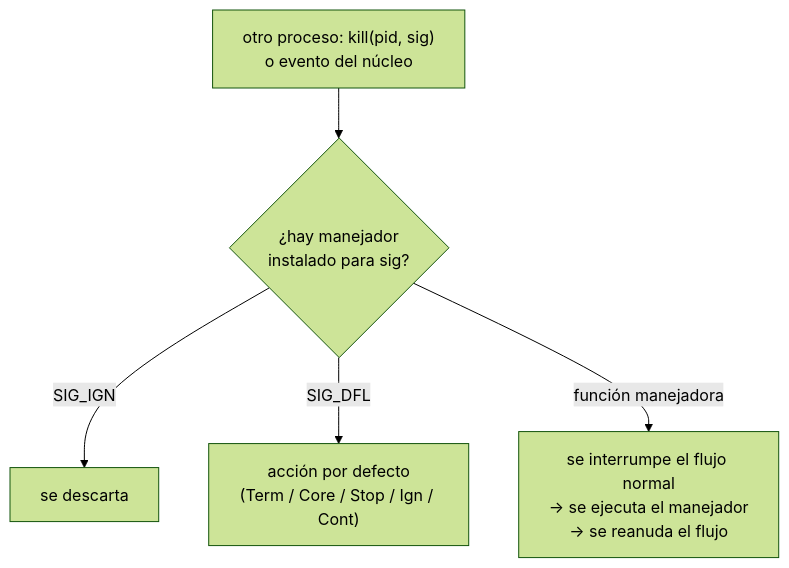
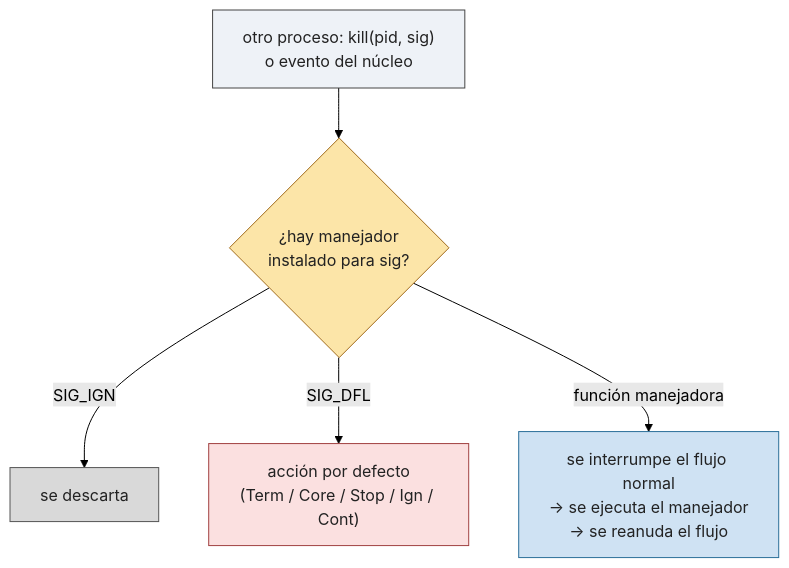
The first of 3 diagrams in PRACTICA/04-senales/README.md (asiermarzo/ssoo), drawn with Mermaid (forest theme) before and after one commit. The commit also changed 25 other files, not shown here.

Commit message:
refinado de diagramas mermaid y svg

````diff
--- a/PRACTICA/04-senales/README.md
+++ b/PRACTICA/04-senales/README.md
@@ -11,7 +11,19 @@
 ```mermaid
 flowchart TD
     K["otro proceso: kill(pid, sig)<br/>o evento del núcleo"] --> D{"¿hay manejador<br/>instalado para sig?"}
     D -->|"SIG_IGN"| I["se descarta"]
     D -->|"SIG_DFL"| DEF["acción por defecto<br/>(Term / Core / Stop / Ign / Cont)"]
     D -->|"función manejadora"| H["se interrumpe el flujo normal<br/>→ se ejecuta el manejador<br/>→ se reanuda el flujo"]
+
+    classDef origen fill:#eef2f7,stroke:#444,color:#222;
+    classDef decision fill:#fce5a8,stroke:#a06a1a,color:#222;
+    classDef ignorado fill:#d9d9d9,stroke:#555,color:#222;
+    classDef pordefecto fill:#fbe0e0,stroke:#a04040,color:#222;
+    classDef manejador fill:#cfe2f3,stroke:#2b6f99,color:#222;
+
+    class K origen;
+    class D decision;
+    class I ignorado;
+    class DEF pordefecto;
+    class H manejador;
 ```
````
